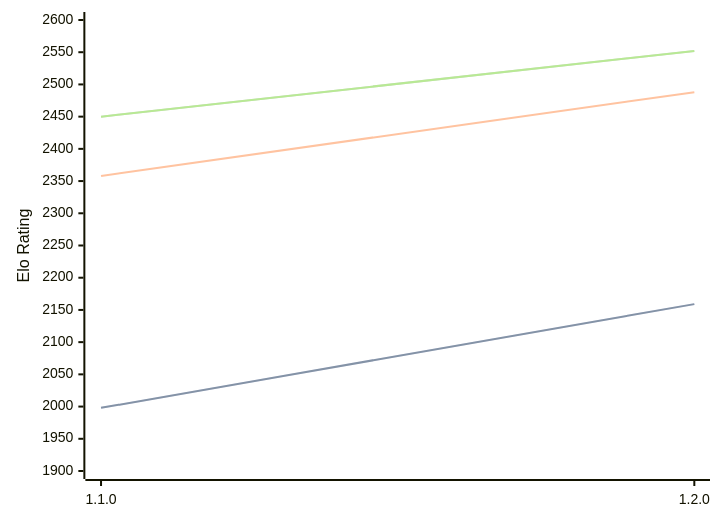
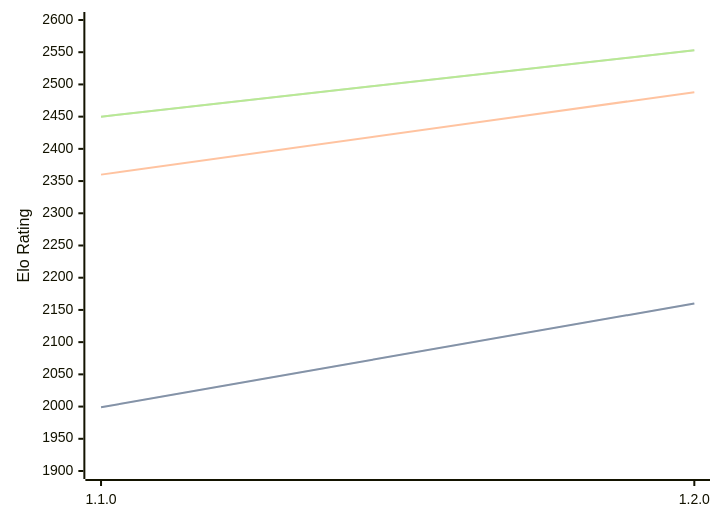
One commit to computer-chess-index/cci changed the diagram in engines/Gyatso.md. Above: the diagram before and after it, drawn with Mermaid. The commit also changed other lines of this file, not shown here.

Commit message:
Update CCI Ratings (ELO VLTC) - 2026-03-14

````diff
--- a/engines/Gyatso.md
+++ b/engines/Gyatso.md
@@ -31,11 +31,11 @@
 ```mermaid
 %%{init: {"theme":"base","themeVariables":{"seriesColors:['#a3a3a3','#222221','#faa371']}}}%%
 xychart-beta
   x-axis ["1.1.0", "1.2.0"]
   y-axis "Elo Rating" 1900 --> 2600
-  line "STC (8.0+0.08s)" [1998, 2159]
-  line "STC (8.0+0.08s)" [1998, 2159]
-  line "LTC (60.0+0.60s)" [2358, 2488]
-  line "VLTC (2m24s+1.12s)" [2450, 2552]
-  line "VLTC (2m24s+1.12s)" [2450, 2552]
+  line "STC (8.0+0.08s)" [1999, 2160]
+  line "STC (8.0+0.08s)" [1999, 2160]
+  line "LTC (60.0+0.60s)" [2360, 2488]
+  line "VLTC (2m24s+1.12s)" [2450, 2553]
+  line "VLTC (2m24s+1.12s)" [2450, 2553]
 ```
````
